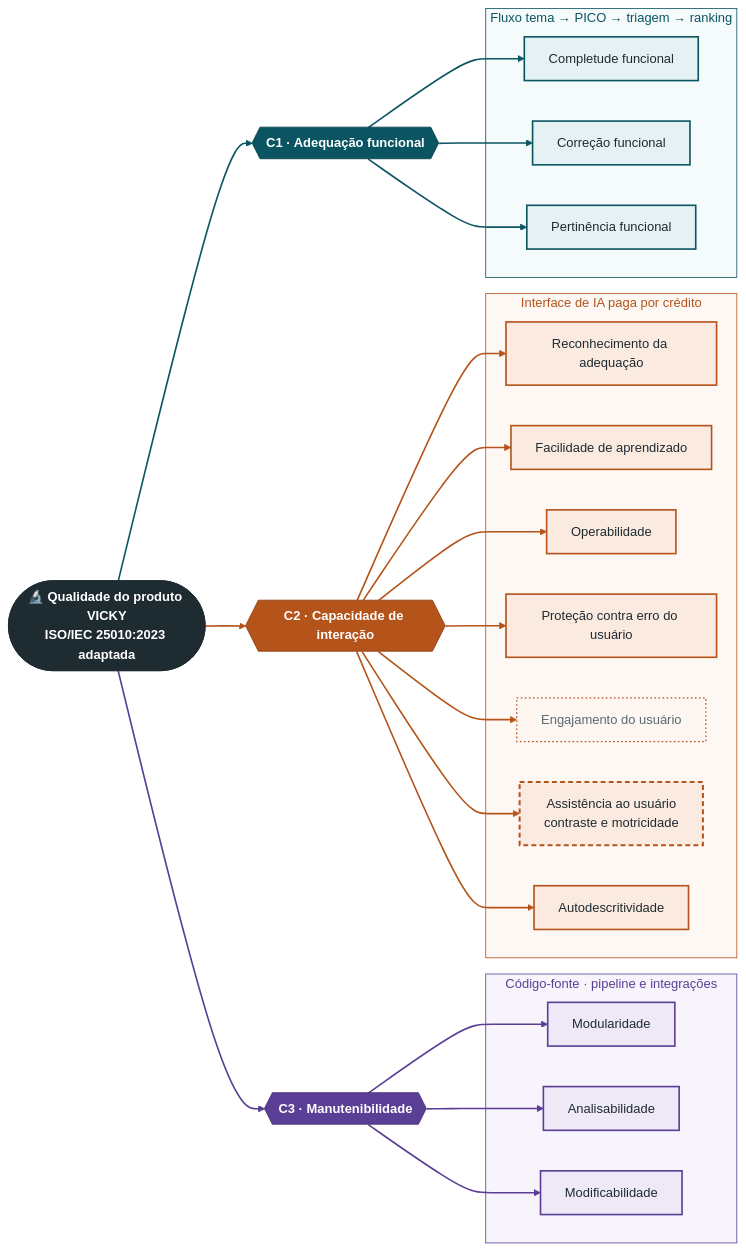
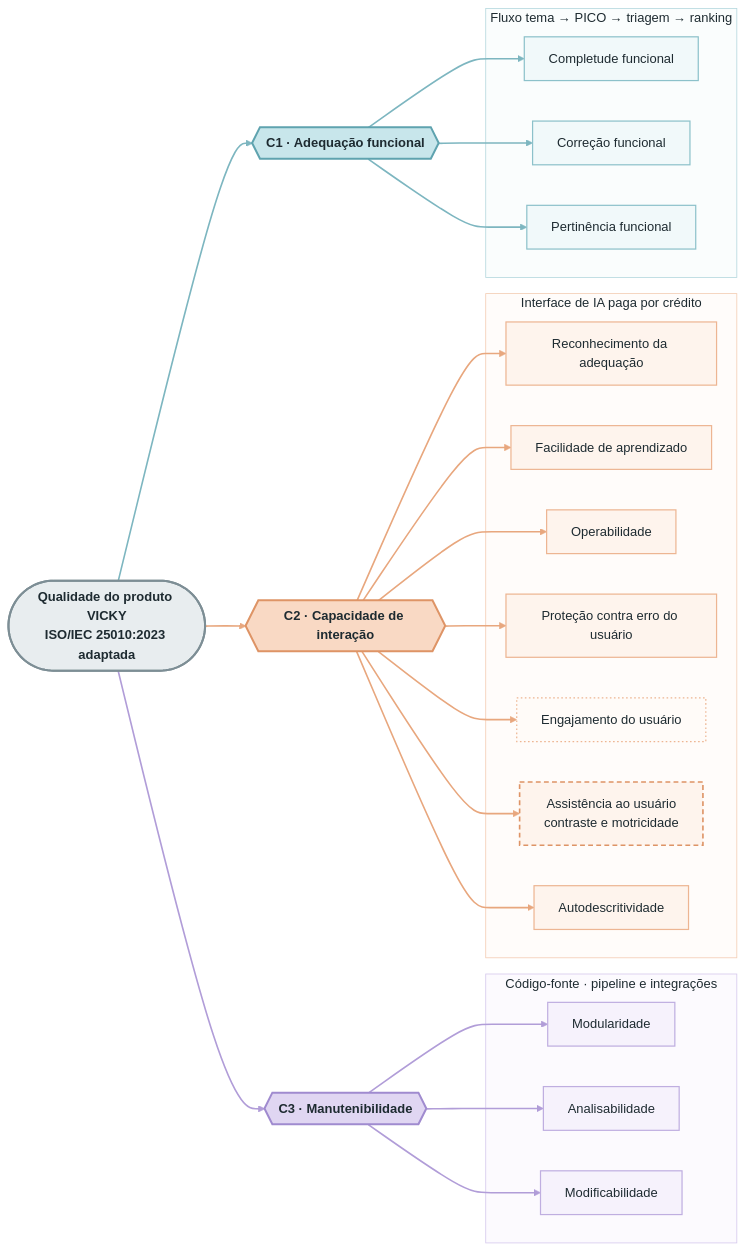
The diagram in docs/fase-1/modelo-de-qualidade.md (FCTE-Qualidade-de-Software-1/2026-2_T02_FRANCES_ALLEN), drawn with Mermaid before and after one commit. The commit also changed other lines of this file, not shown here.

Commit message:
fix: cores do diagrama

````diff
--- a/docs/fase-1/modelo-de-qualidade.md
+++ b/docs/fase-1/modelo-de-qualidade.md
@@ -64,63 +64,63 @@
 ```mermaid
 flowchart LR
-    Q(["🔬 Qualidade do produto VICKY<br/>ISO/IEC 25010:2023 adaptada"])
+    Q([" Qualidade do produto VICKY<br/>ISO/IEC 25010:2023 adaptada"])
 
     Q ==> C1{{" C1 · Adequação funcional"}}
     Q ==> C2{{" C2 · Capacidade de interação"}}
     Q ==> C3{{" C3 · Manutenibilidade"}}
 
     %% Subgrafos declarados de C3 para C1: no layout LR, o último fica no topo
     subgraph SG3["Código-fonte · pipeline e integrações"]
         S31[" Modularidade"]
         S32[" Analisabilidade"]
         S33[" Modificabilidade"]
     end
 
     subgraph SG2["Interface de IA paga por crédito"]
         S21[" Reconhecimento da adequação"]
         S22[" Facilidade de aprendizado"]
         S23[" Operabilidade"]
         S24[" Proteção contra erro do usuário"]
         S25[" Engajamento do usuário"]
         S26["Assistência ao usuário<br/>contraste e motricidade"]
         S27["Autodescritividade"]
     end
 
     subgraph SG1["Fluxo tema → PICO → triagem → ranking"]
         S11[" Completude funcional"]
         S12[" Correção funcional"]
         S13[" Pertinência funcional"]
     end
 
     C1 --> S11 & S12 & S13
     C2 --> S21 & S22 & S23 & S24 & S25 & S26 & S27
     C3 --> S31 & S32 & S33
 
-    classDef raiz fill:#1E2B31,stroke:#1E2B31,color:#FFFFFF,font-weight:bold
-    classDef c1 fill:#0B5563,stroke:#083F4A,color:#FFFFFF,font-weight:bold
-    classDef c2 fill:#B4531A,stroke:#8A3F14,color:#FFFFFF,font-weight:bold
-    classDef c3 fill:#5B3E96,stroke:#432D70,color:#FFFFFF,font-weight:bold
-    classDef s1 fill:#E6F1F3,stroke:#0B5563,stroke-width:2px,color:#1E2B31
-    classDef s2 fill:#FBEADF,stroke:#B4531A,stroke-width:2px,color:#1E2B31
-    classDef s3 fill:#EEE8F7,stroke:#5B3E96,stroke-width:2px,color:#1E2B31
-    classDef adaptada fill:#FBEADF,stroke:#B4531A,stroke-width:2.5px,stroke-dasharray:6 4,color:#1E2B31
-    classDef secundaria fill:#FDF6F1,stroke:#B4531A,stroke-width:1.5px,stroke-dasharray:2 3,color:#5A6B72
+    classDef raiz fill:#E8EDEF,stroke:#7D8E95,stroke-width:2.5px,color:#1E2B31,font-weight:bold
+    classDef c1 fill:#C8E6EB,stroke:#5FA3AF,stroke-width:2.5px,color:#1E2B31,font-weight:bold
+    classDef c2 fill:#F9D9C4,stroke:#DE9466,stroke-width:2.5px,color:#1E2B31,font-weight:bold
+    classDef c3 fill:#E0D6F2,stroke:#A08BCF,stroke-width:2.5px,color:#1E2B31,font-weight:bold
+    classDef s1 fill:#F1F9FA,stroke:#8CC1CA,stroke-width:1.5px,color:#1E2B31
+    classDef s2 fill:#FEF4ED,stroke:#EDB592,stroke-width:1.5px,color:#1E2B31
+    classDef s3 fill:#F6F2FC,stroke:#BFAEE0,stroke-width:1.5px,color:#1E2B31
+    classDef adaptada fill:#FEF4ED,stroke:#DE9466,stroke-width:2px,stroke-dasharray:6 4,color:#1E2B31
+    classDef secundaria fill:#FFFBF8,stroke:#EDB592,stroke-width:1.5px,stroke-dasharray:2 3,color:#1E2B31
 
     class Q raiz
     class C1 c1
     class C2 c2
     class C3 c3
     class S11,S12,S13 s1
     class S21,S22,S23,S24,S27 s2
     class S26 adaptada
     class S25 secundaria
     class S31,S32,S33 s3
 
-    style SG1 fill:#F5FAFB,stroke:#0B5563,stroke-width:1px,color:#0B5563
-    style SG2 fill:#FEF8F4,stroke:#B4531A,stroke-width:1px,color:#B4531A
-    style SG3 fill:#F7F4FC,stroke:#5B3E96,stroke-width:1px,color:#5B3E96
+    style SG1 fill:#FAFDFD,stroke:#B5D8DE,stroke-width:1px,color:#1E2B31
+    style SG2 fill:#FFFCFA,stroke:#F3CDB4,stroke-width:1px,color:#1E2B31
+    style SG3 fill:#FCFAFE,stroke:#D5C9EC,stroke-width:1px,color:#1E2B31
 
-    linkStyle 0,3,4,5 stroke:#0B5563,stroke-width:2px
-    linkStyle 1,6,7,8,9,10,11,12 stroke:#B4531A,stroke-width:2px
-    linkStyle 2,13,14,15 stroke:#5B3E96,stroke-width:2px
+    linkStyle 0,3,4,5 stroke:#7DB6C0,stroke-width:2px
+    linkStyle 1,6,7,8,9,10,11,12 stroke:#E8A77E,stroke-width:2px
+    linkStyle 2,13,14,15 stroke:#B19DD8,stroke-width:2px
 ```
````
